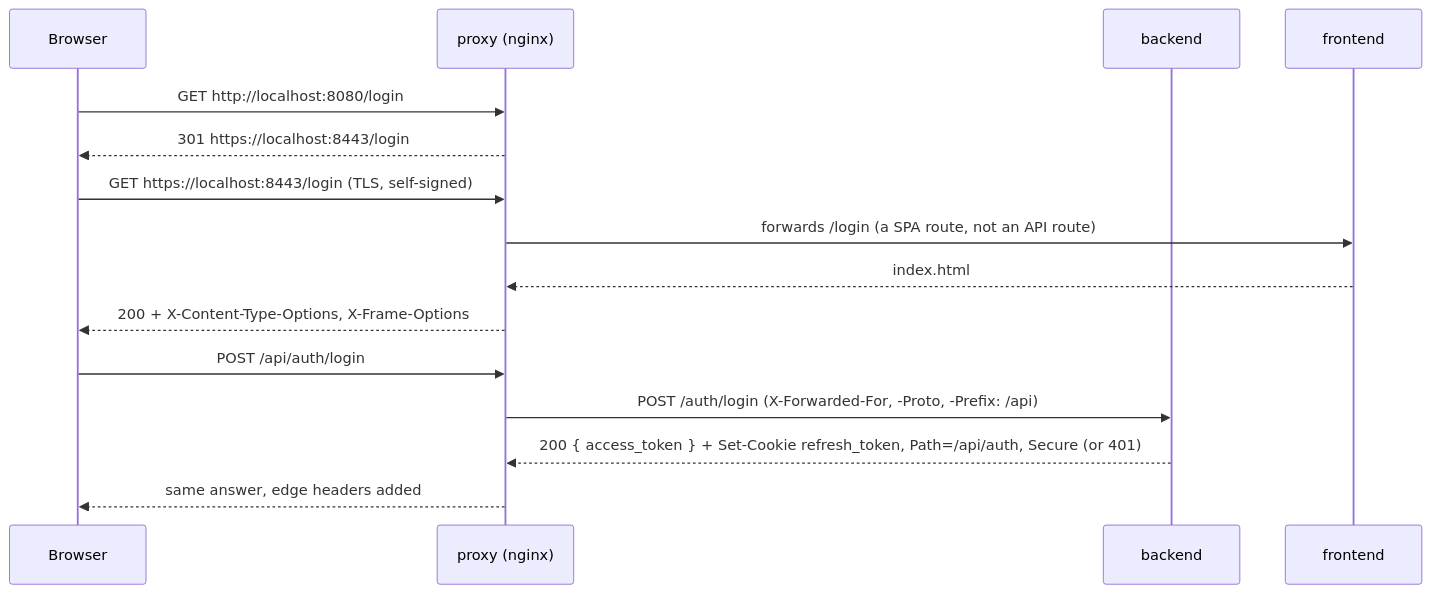
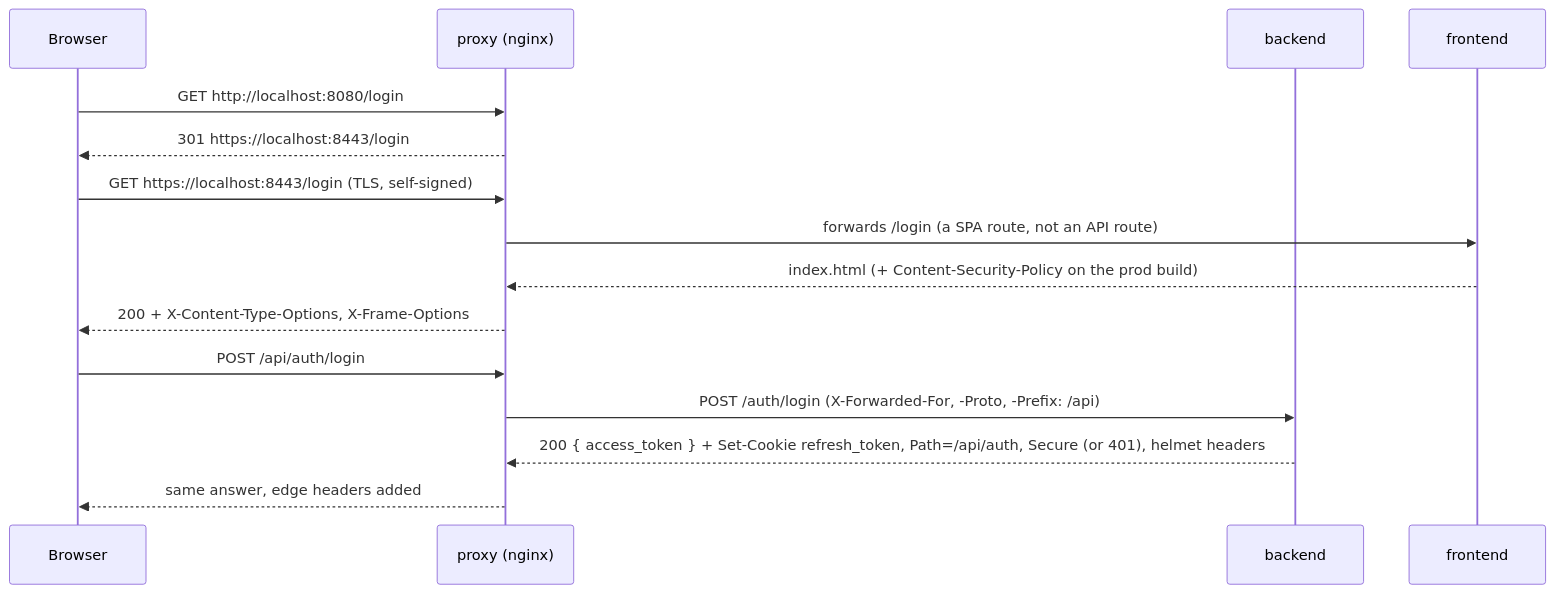
The third of 5 diagrams in docs/diagrams/network.md (kidp8479/42_hypertube), drawn with Mermaid before and after one commit. The commit also changed other lines of this file and 7 other files, not shown here.

````diff
--- a/docs/diagrams/network.md
+++ b/docs/diagrams/network.md
@@ -67,17 +67,17 @@
 ```mermaid
 sequenceDiagram
     participant B as Browser
     participant P as proxy (nginx)
     participant A as backend
     participant F as frontend
     B->>P: GET http://localhost:8080/login
     P-->>B: 301 https://localhost:8443/login
     B->>P: GET https://localhost:8443/login (TLS, self-signed)
     P->>F: forwards /login (a SPA route, not an API route)
-    F-->>P: index.html
+    F-->>P: index.html (+ Content-Security-Policy on the prod build)
     P-->>B: 200 + X-Content-Type-Options, X-Frame-Options
     B->>P: POST /api/auth/login
     P->>A: POST /auth/login (X-Forwarded-For, -Proto, -Prefix: /api)
-    A-->>P: 200 { access_token } + Set-Cookie refresh_token, Path=/api/auth, Secure (or 401)
+    A-->>P: 200 { access_token } + Set-Cookie refresh_token, Path=/api/auth, Secure (or 401), helmet headers
     P-->>B: same answer, edge headers added
 ```
````
